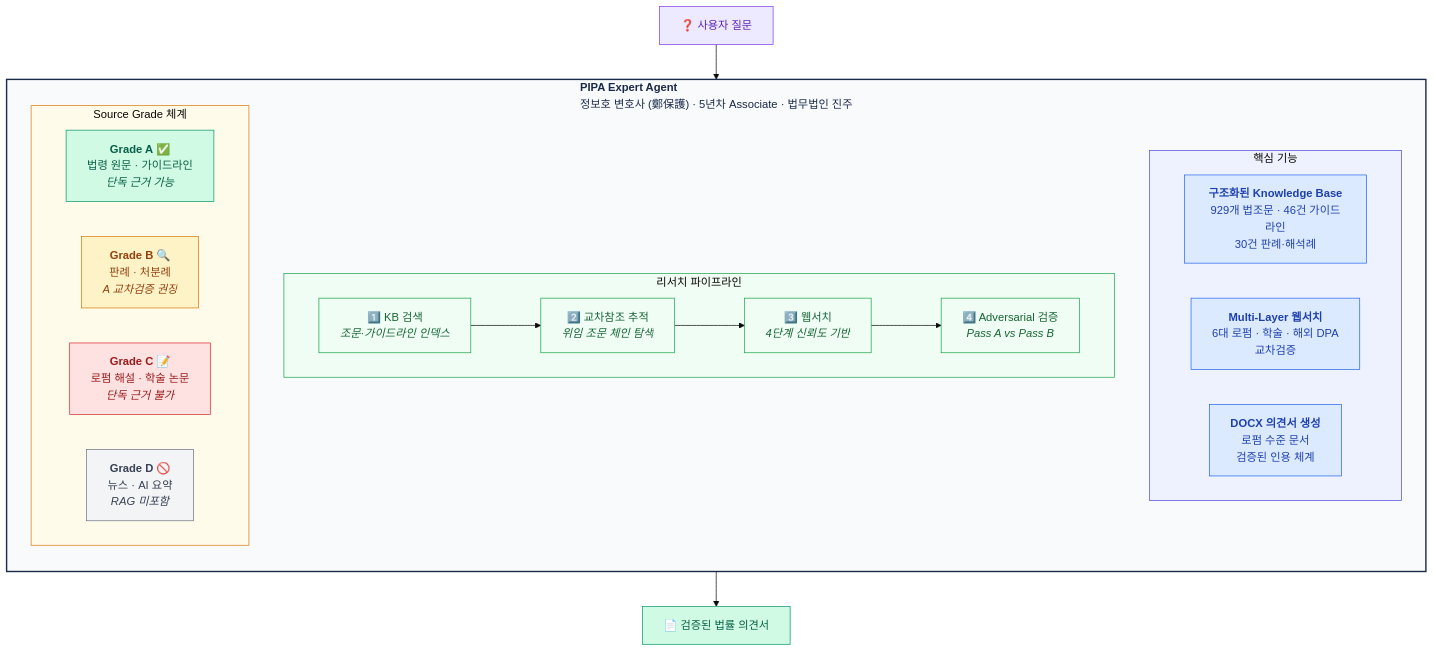
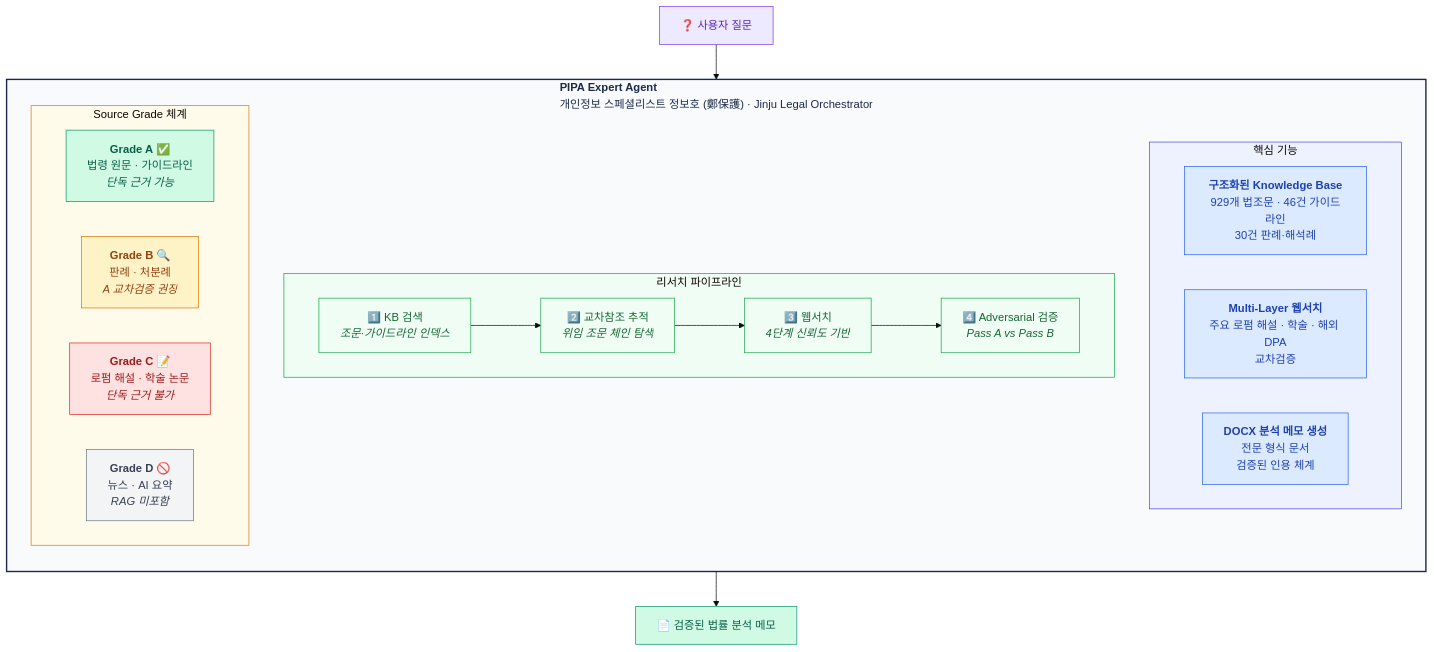
One commit to kipeum86/PIPA-expert changed the first of 2 diagrams in README.ko.md. Above: the diagram before and after it, drawn with Mermaid (base theme). The commit also changed other lines of this file and 6 other files, not shown here.

Commit message:
Rename public-facing branding to Jinju Legal Orchestrator

````diff
--- a/README.ko.md
+++ b/README.ko.md
@@ -47,51 +47,51 @@
 ```mermaid
 graph TB
-    subgraph agent["<b>PIPA Expert Agent</b><br/>정보호 변호사 (鄭保護) · 5년차 Associate · 법무법인 진주"]
+    subgraph agent["<b>PIPA Expert Agent</b><br/>개인정보 스페셜리스트 정보호 (鄭保護) · Jinju Legal Orchestrator"]
         direction TB
 
         subgraph core["핵심 기능"]
             direction LR
             KB["<b>구조화된 Knowledge Base</b><br/>929개 법조문 · 46건 가이드라인<br/>30건 판례·해석례"]
-            WS["<b>Multi-Layer 웹서치</b><br/>6대 로펌 · 학술 · 해외 DPA<br/>교차검증"]
-            DX["<b>DOCX 의견서 생성</b><br/>로펌 수준 문서<br/>검증된 인용 체계"]
+            WS["<b>Multi-Layer 웹서치</b><br/>주요 로펌 해설 · 학술 · 해외 DPA<br/>교차검증"]
+            DX["<b>DOCX 분석 메모 생성</b><br/>전문 형식 문서<br/>검증된 인용 체계"]
         end
 
         subgraph pipeline["리서치 파이프라인"]
             direction LR
             S1["1️⃣ KB 검색<br/><i>조문·가이드라인 인덱스</i>"]
             S2["2️⃣ 교차참조 추적<br/><i>위임 조문 체인 탐색</i>"]
             S3["3️⃣ 웹서치<br/><i>4단계 신뢰도 기반</i>"]
             S4["4️⃣ Adversarial 검증<br/><i>Pass A vs Pass B</i>"]
             S1 --> S2 --> S3 --> S4
         end
 
         subgraph grades["Source Grade 체계"]
             direction LR
             GA["<b>Grade A</b> ✅<br/>법령 원문 · 가이드라인<br/><i>단독 근거 가능</i>"]
             GB["<b>Grade B</b> 🔍<br/>판례 · 처분례<br/><i>A 교차검증 권장</i>"]
             GC["<b>Grade C</b> 📝<br/>로펌 해설 · 학술 논문<br/><i>단독 근거 불가</i>"]
             GD["<b>Grade D</b> 🚫<br/>뉴스 · AI 요약<br/><i>RAG 미포함</i>"]
         end
     end
 
     Q["❓ 사용자 질문"] --> S1
-    S4 --> O["📄 검증된 법률 의견서"]
+    S4 --> O["📄 검증된 법률 분석 메모"]
 
     style agent fill:#f8fafc,stroke:#1B2A4A,stroke-width:2px,color:#1B2A4A
     style core fill:#eef2ff,stroke:#4f46e5,stroke-width:1px
     style pipeline fill:#f0fdf4,stroke:#16a34a,stroke-width:1px
     style grades fill:#fffbeb,stroke:#d97706,stroke-width:1px
     style KB fill:#dbeafe,stroke:#2563eb,color:#1e40af
     style WS fill:#dbeafe,stroke:#2563eb,color:#1e40af
     style DX fill:#dbeafe,stroke:#2563eb,color:#1e40af
     style GA fill:#d1fae5,stroke:#059669,color:#065f46
     style GB fill:#fef3c7,stroke:#d97706,color:#92400e
     style GC fill:#fee2e2,stroke:#dc2626,color:#991b1b
     style GD fill:#f3f4f6,stroke:#6b7280,color:#374151
     style Q fill:#ede9fe,stroke:#7c3aed,color:#5b21b6
     style O fill:#d1fae5,stroke:#059669,color:#065f46
     style S1 fill:#f0fdf4,stroke:#16a34a,color:#166534
     style S2 fill:#f0fdf4,stroke:#16a34a,color:#166534
     style S3 fill:#f0fdf4,stroke:#16a34a,color:#166534
     style S4 fill:#f0fdf4,stroke:#16a34a,color:#166534
 ```
````
